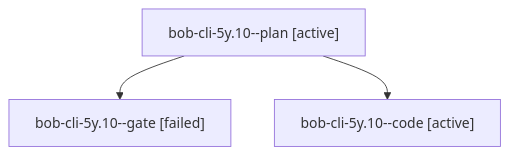
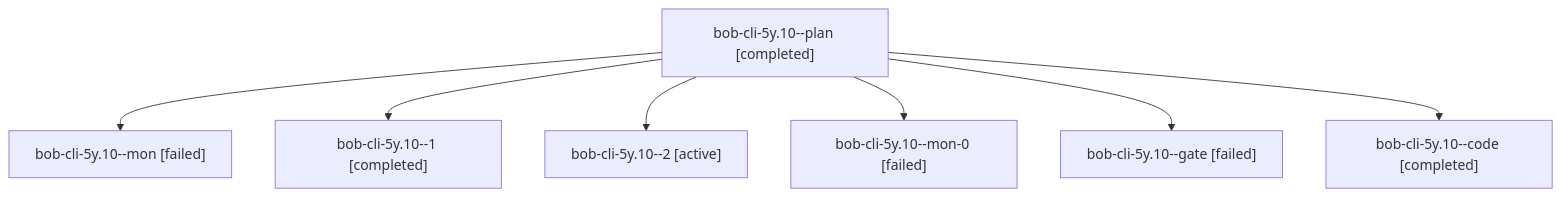
One commit to bobs-org/bob-cli--agents changed the diagram in sessions/bbugyi200.athena.bob-cli-5y.10.md. Above: the diagram before and after it, drawn with Mermaid. The commit also changed other lines of this file and 64 other files, not shown here.

````diff
--- a/sessions/bbugyi200.athena.bob-cli-5y.10.md
+++ b/sessions/bbugyi200.athena.bob-cli-5y.10.md
@@ -9,8 +9,16 @@
 ```mermaid
 flowchart TD
-  n0["bob-cli-5y.10--plan [active]"]
-  n1["bob-cli-5y.10--gate [failed]"]
+  n0["bob-cli-5y.10--plan [completed]"]
+  n1["bob-cli-5y.10--mon [failed]"]
   n0 --> n1
-  n2["bob-cli-5y.10--code [active]"]
+  n2["bob-cli-5y.10--1 [completed]"]
   n0 --> n2
+  n3["bob-cli-5y.10--2 [active]"]
+  n0 --> n3
+  n4["bob-cli-5y.10--mon-0 [failed]"]
+  n0 --> n4
+  n5["bob-cli-5y.10--gate [failed]"]
+  n0 --> n5
+  n6["bob-cli-5y.10--code [completed]"]
+  n0 --> n6
 ```
````
